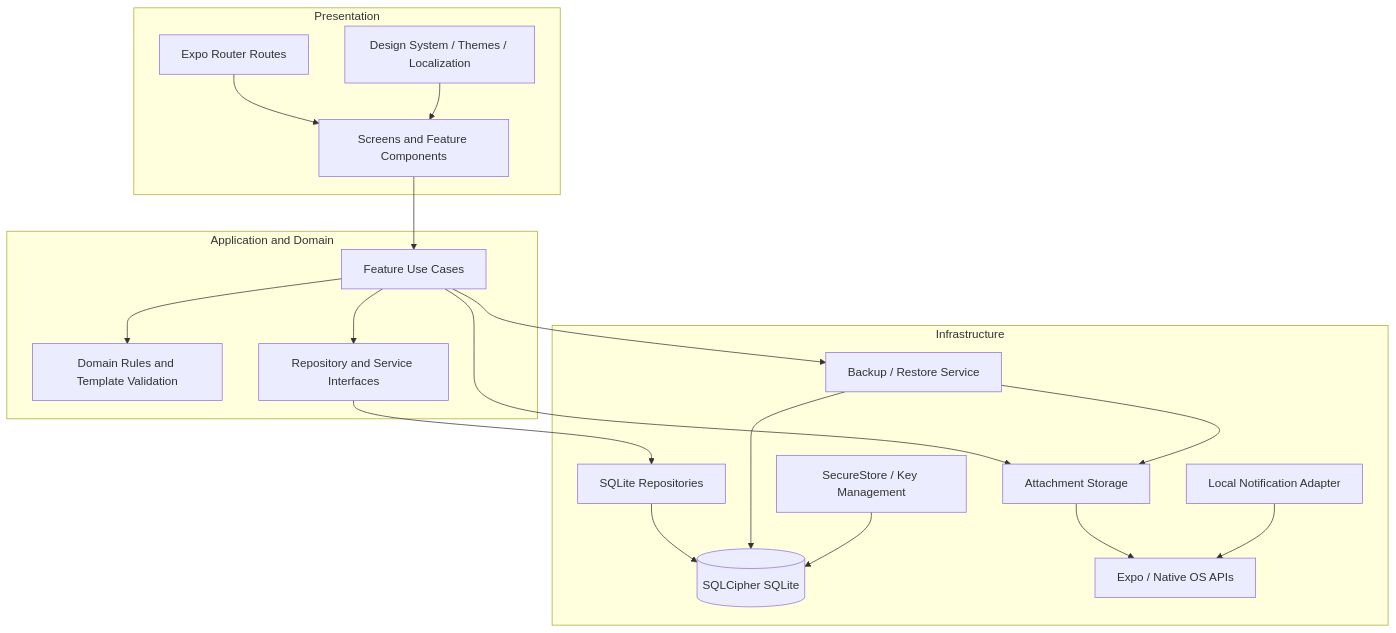
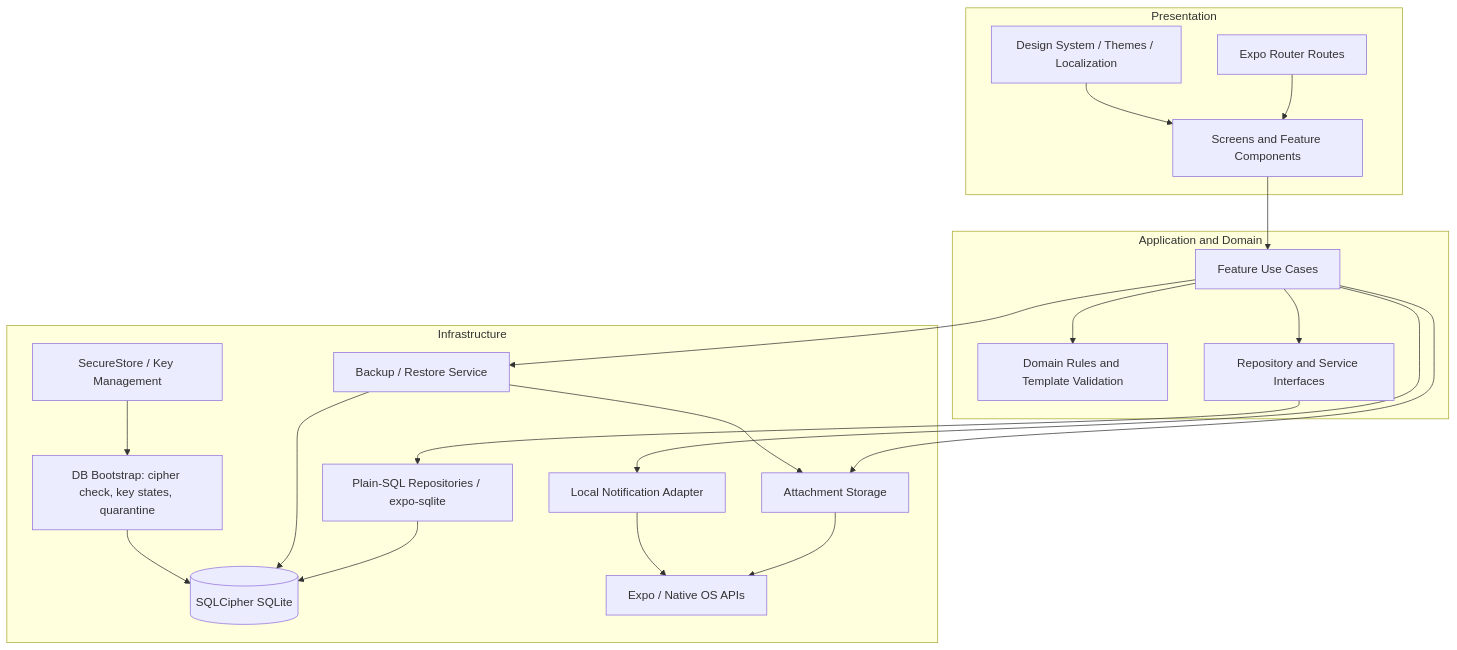
The diagram in docs/diagrams/application-architecture.mmd (aubreyzip/memento), drawn with Mermaid before and after one commit. The commit also changed 32 other files, not shown here.

```diff
--- a/docs/diagrams/application-architecture.mmd
+++ b/docs/diagrams/application-architecture.mmd
@@ -1,34 +1,37 @@
 flowchart TB
     subgraph UI[Presentation]
       Routes[Expo Router Routes]
       Screens[Screens and Feature Components]
       DS[Design System / Themes / Localization]
     end
     subgraph APP[Application and Domain]
       UseCases[Feature Use Cases]
       Rules[Domain Rules and Template Validation]
       Ports[Repository and Service Interfaces]
     end
     subgraph INFRA[Infrastructure]
-      Repos[SQLite Repositories]
+      Repos[Plain-SQL Repositories / expo-sqlite]
+      Boot[DB Bootstrap: cipher check, key states, quarantine]
       DB[(SQLCipher SQLite)]
       Media[Attachment Storage]
       Secure[SecureStore / Key Management]
       Notify[Local Notification Adapter]
       Backup[Backup / Restore Service]
       OS[Expo / Native OS APIs]
     end
     Routes --> Screens
     DS --> Screens
     Screens --> UseCases
     UseCases --> Rules
     UseCases --> Ports
     Ports --> Repos
     Repos --> DB
     UseCases --> Media
     UseCases --> Backup
+    UseCases --> Notify
     Backup --> DB
     Backup --> Media
-    Secure --> DB
+    Secure --> Boot
+    Boot --> DB
     Media --> OS
     Notify --> OS
```
